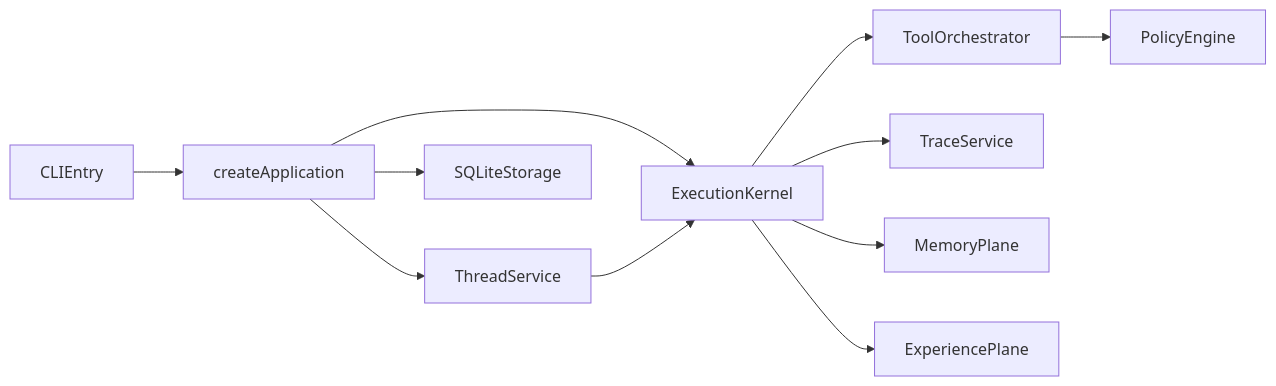
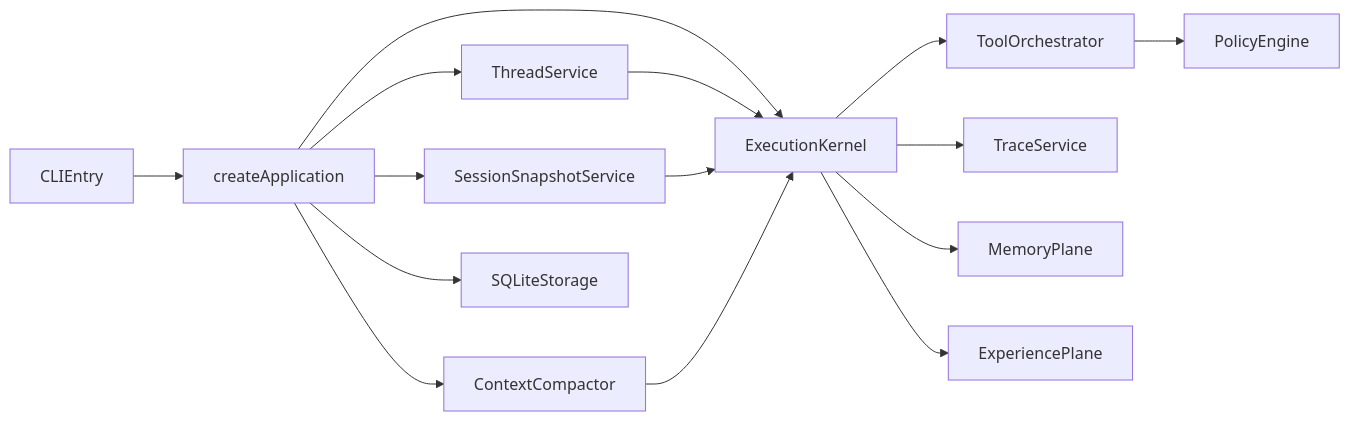
Before and after one commit to XD319/auto-talon: the diagram in docs/dev/architecture.md, drawn with Mermaid. The commit also changed other lines of this file and 23 other files, not shown here.

````diff
--- a/docs/dev/architecture.md
+++ b/docs/dev/architecture.md
@@ -3,13 +3,17 @@
 ```mermaid
 flowchart LR
   CLI[CLIEntry] --> Bootstrap[createApplication]
   Bootstrap --> ThreadSvc[ThreadService]
+  Bootstrap --> SnapshotSvc[SessionSnapshotService]
+  Bootstrap --> CtxCompactor[ContextCompactor]
   Bootstrap --> Kernel[ExecutionKernel]
   ThreadSvc --> Kernel
+  SnapshotSvc --> Kernel
+  CtxCompactor --> Kernel
   Kernel --> Tools[ToolOrchestrator]
   Tools --> Policy[PolicyEngine]
   Kernel --> Trace[TraceService]
   Kernel --> Memory[MemoryPlane]
   Kernel --> Experience[ExperiencePlane]
   Bootstrap --> Storage[SQLiteStorage]
 ```
````
